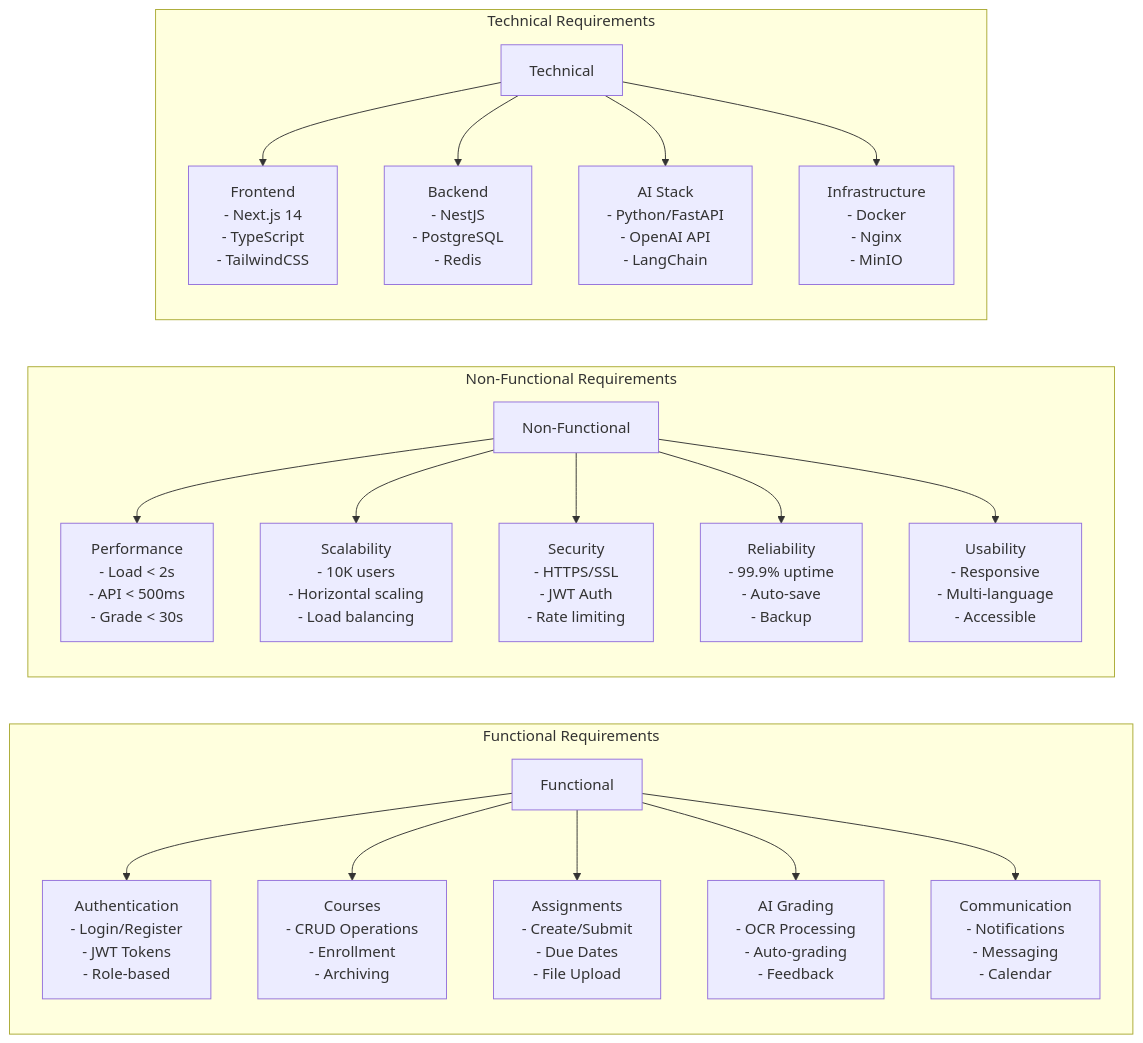
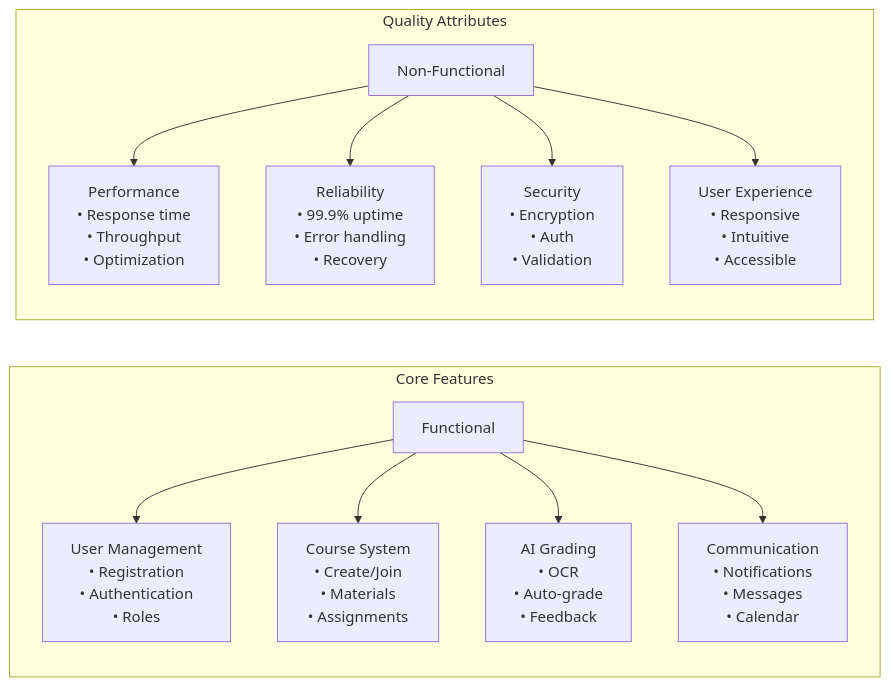
The fourth of 12 diagrams in diagrams-and-docs/mvp-documentation.md (abdulrahman-riyad/Co-Learn), drawn with Mermaid before and after one commit. The commit also changed other lines of this file and 31 other files, not shown here.

Commit message:
diagrams updated

````diff
--- a/diagrams-and-docs/mvp-documentation.md
+++ b/diagrams-and-docs/mvp-documentation.md
@@ -401,28 +263,18 @@
 ```mermaid
 graph LR
-    subgraph "Functional Requirements"
-        FR[Functional]
-        FR --> Auth_Req[Authentication<br/>- Login/Register<br/>- JWT Tokens<br/>- Role-based]
-        FR --> Course_Req[Courses<br/>- CRUD Operations<br/>- Enrollment<br/>- Archiving]
-        FR --> Assign_Req[Assignments<br/>- Create/Submit<br/>- Due Dates<br/>- File Upload]
-        FR --> AI_Req[AI Grading<br/>- OCR Processing<br/>- Auto-grading<br/>- Feedback]
-        FR --> Comm_Req[Communication<br/>- Notifications<br/>- Messaging<br/>- Calendar]
+    subgraph "Core Features"
+        Features[Functional]
+        Features --> UserMgmt[User Management<br/>• Registration<br/>• Authentication<br/>• Roles]
+        Features --> CourseMgmt[Course System<br/>• Create/Join<br/>• Materials<br/>• Assignments]
+        Features --> AIGrading[AI Grading<br/>• OCR<br/>• Auto-grade<br/>• Feedback]
+        Features --> Comm[Communication<br/>• Notifications<br/>• Messages<br/>• Calendar]
     end
     
-    subgraph "Non-Functional Requirements"
-        NFR[Non-Functional]
-        NFR --> Perf[Performance<br/>- Load < 2s<br/>- API < 500ms<br/>- Grade < 30s]
-        NFR --> Scale[Scalability<br/>- 10K users<br/>- Horizontal scaling<br/>- Load balancing]
-        NFR --> Secure[Security<br/>- HTTPS/SSL<br/>- JWT Auth<br/>- Rate limiting]
-        NFR --> Reliable[Reliability<br/>- 99.9% uptime<br/>- Auto-save<br/>- Backup]
-        NFR --> Usable[Usability<br/>- Responsive<br/>- Multi-language<br/>- Accessible]
-    end
-    
-    subgraph "Technical Requirements"
-        Tech[Technical]
-        Tech --> Frontend_Tech[Frontend<br/>- Next.js 14<br/>- TypeScript<br/>- TailwindCSS]
-        Tech --> Backend_Tech[Backend<br/>- NestJS<br/>- PostgreSQL<br/>- Redis]
-        Tech --> AI_Tech[AI Stack<br/>- Python/FastAPI<br/>- OpenAI API<br/>- LangChain]
-        Tech --> Infra_Tech[Infrastructure<br/>- Docker<br/>- Nginx<br/>- MinIO]
+    subgraph "Quality Attributes"
+        Quality[Non-Functional]
+        Quality --> Performance[Performance<br/>• Response time<br/>• Throughput<br/>• Optimization]
+        Quality --> Reliability[Reliability<br/>• 99.9% uptime<br/>• Error handling<br/>• Recovery]
+        Quality --> Security[Security<br/>• Encryption<br/>• Auth<br/>• Validation]
+        Quality --> UX[User Experience<br/>• Responsive<br/>• Intuitive<br/>• Accessible]
     end
 ```
````
